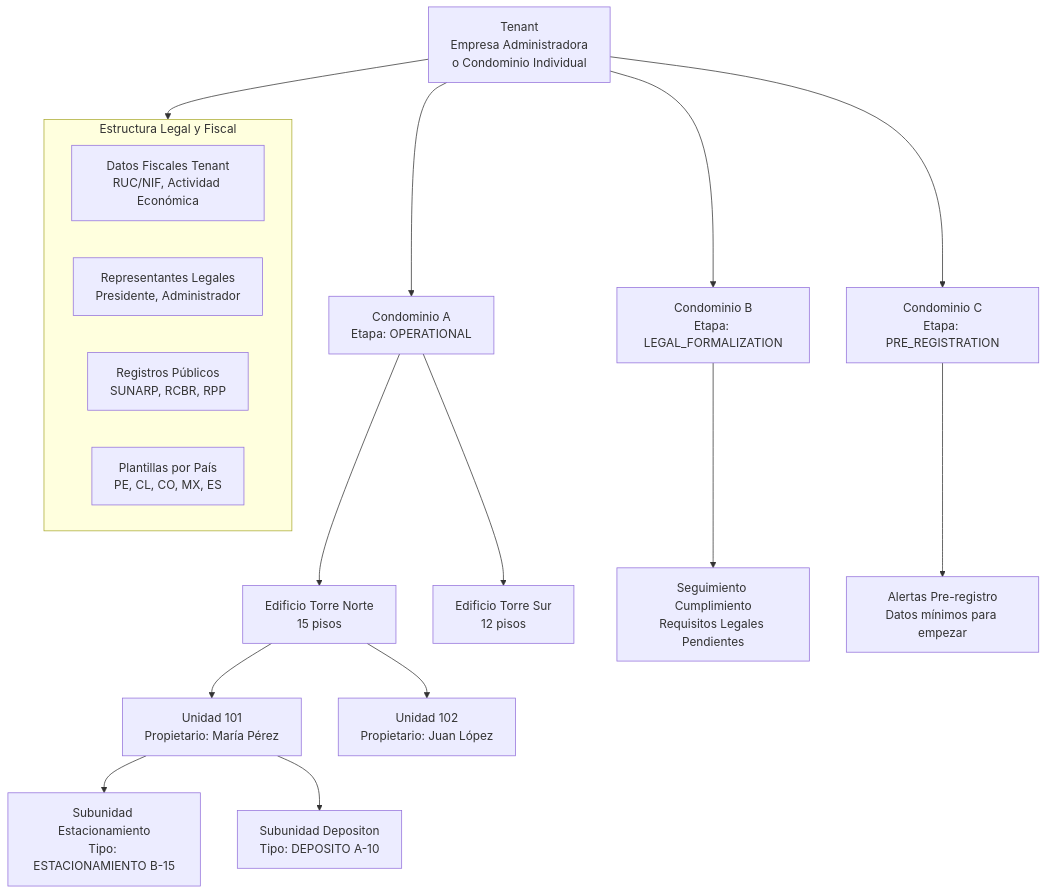
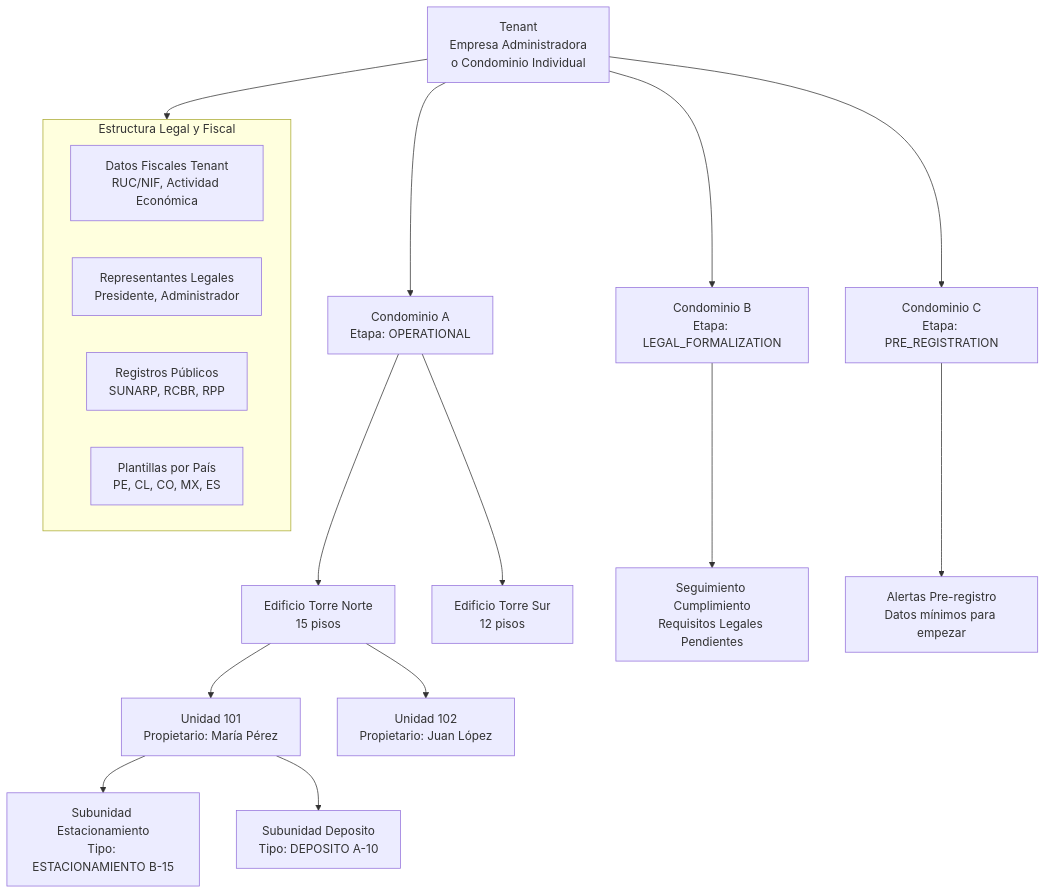
Before and after one commit to latamteks-cmyk/SmartEdify_spec: the third of 4 diagrams in 00-Governance/database_arq.md, drawn with Mermaid.

````diff
--- a/00-Governance/database_arq.md
+++ b/00-Governance/database_arq.md
@@ -449,29 +449,29 @@
 ```mermaid
 flowchart TB
     T["Tenant<br/>Empresa Administradora<br/>o Condominio Individual"]
     
     T --> C1["Condominio A<br/>Etapa: OPERATIONAL"]
     T --> C2["Condominio B<br/>Etapa: LEGAL_FORMALIZATION"]
     T --> C3["Condominio C<br/>Etapa: PRE_REGISTRATION"]
     
     C1 --> B1A["Edificio Torre Norte<br/>15 pisos"]
     C1 --> B1B["Edificio Torre Sur<br/>12 pisos"]
     
     B1A --> U1A1["Unidad 101<br/>Propietario: María Pérez"]
     B1A --> U1A2["Unidad 102<br/>Propietario: Juan López"]
     
     U1A1 --> S1A1A["Subunidad Estacionamiento<br/>Tipo: ESTACIONAMIENTO B-15"]
-    U1A1 --> S1A1B["Subunidad Depositon<br/>Tipo: DEPOSITO A-10"]
+    U1A1 --> S1A1B["Subunidad Deposito<br/>Tipo: DEPOSITO A-10"]
     
     C2 --> COMPLIANCE_TRACK["Seguimiento Cumplimiento<br/>Requisitos Legales Pendientes"]
     C3 --> ALERTS["Alertas Pre-registro<br/>Datos mínimos para empezar"]
     
     subgraph LEGAL["Estructura Legal y Fiscal"]
         L1["Datos Fiscales Tenant<br/>RUC/NIF, Actividad Económica"]
         L2["Representantes Legales<br/>Presidente, Administrador"]
         L3["Registros Públicos<br/>SUNARP, RCBR, RPP"]
         L4["Plantillas por País<br/>PE, CL, CO, MX, ES"]
     end
     
     T --> LEGAL
 ```
````
